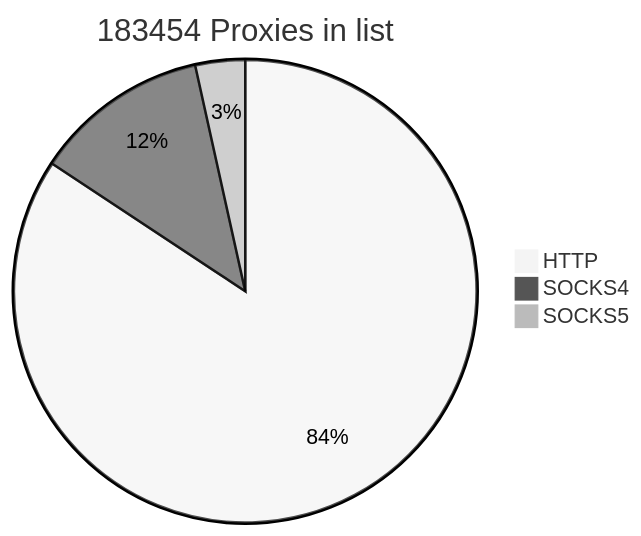
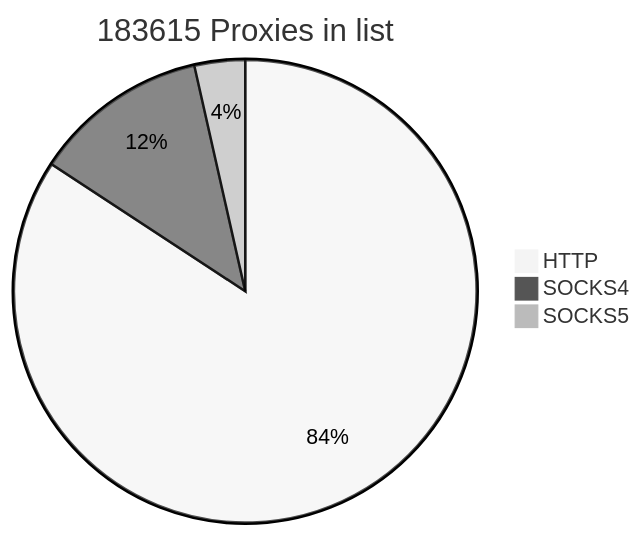
The first of 2 diagrams in README.md (cutipu/proxylist), drawn with Mermaid (neutral theme) before and after one commit. The commit also changed other lines of this file, not shown here.

````diff
--- a/README.md
+++ b/README.md
@@ -2,7 +2,7 @@
 ```mermaid
-pie title 183454 Proxies in list
-    "HTTP" : 154641
-    "SOCKS4" : 22442
-    "SOCKS5" : 6371
+pie title 183615 Proxies in list
+    "HTTP" : 154683
+    "SOCKS4" : 22444
+    "SOCKS5" : 6488
             
 ```
````
